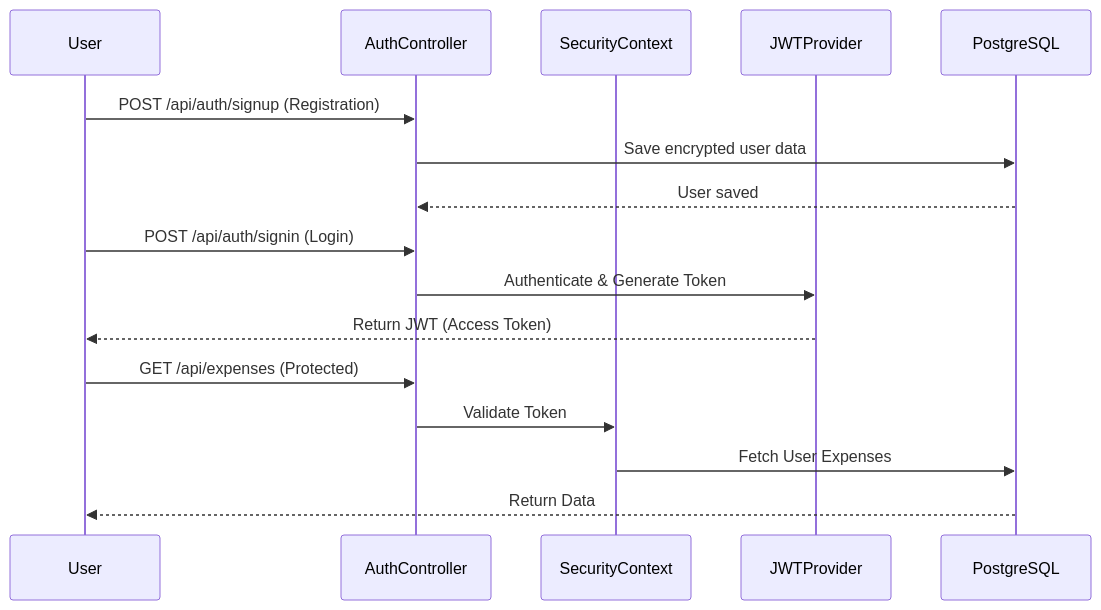
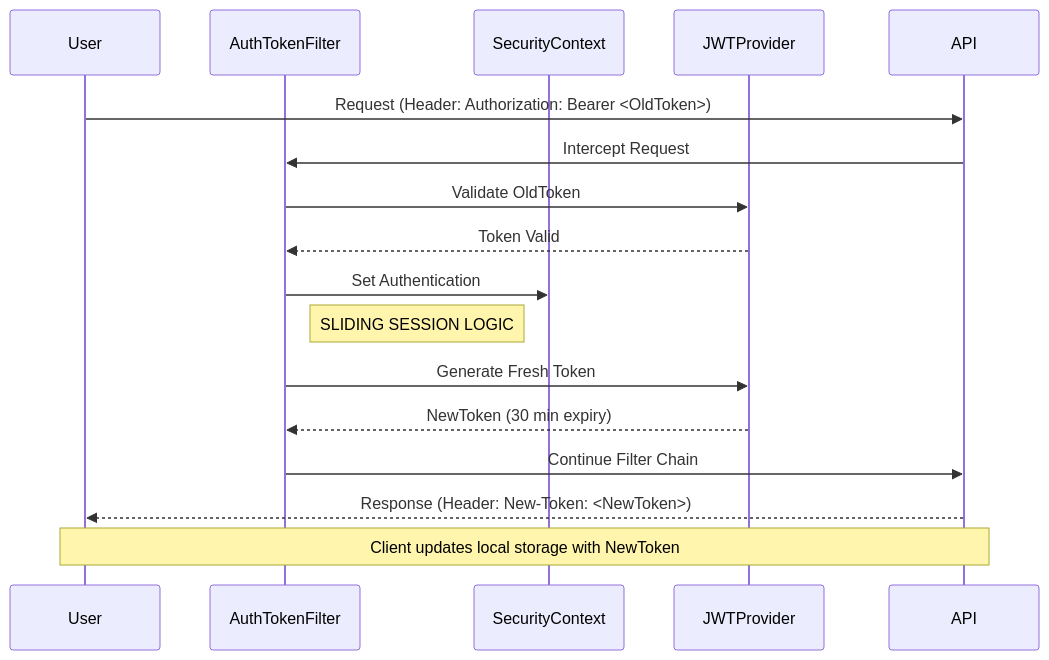
Before and after one commit to sarangsvkm/smart-expense-frontend: the first of 3 diagrams in README.md, drawn with Mermaid. The commit also changed other lines of this file and 17 other files, not shown here.

Commit message:
Implement Indian Tax Module (ITR 1-4), New Tax Regime comparison, and Sliding Session security

````diff
--- a/README.md
+++ b/README.md
@@ -46,21 +43,23 @@
 ```mermaid
 sequenceDiagram
     participant User
-    participant AuthController
+    participant AuthTokenFilter
     participant SecurityContext
     participant JWTProvider
-    participant PostgreSQL
+    participant API
 
-    User->>AuthController: POST /api/auth/signup (Registration)
-    AuthController->>PostgreSQL: Save encrypted user data
-    PostgreSQL-->>AuthController: User saved
-
-    User->>AuthController: POST /api/auth/signin (Login)
-    AuthController->>JWTProvider: Authenticate & Generate Token
-    JWTProvider-->>User: Return JWT (Access Token)
-
-    User->>AuthController: GET /api/expenses (Protected)
-    AuthController->>SecurityContext: Validate Token
-    SecurityContext->>PostgreSQL: Fetch User Expenses
-    PostgreSQL-->>User: Return Data
+    User->>API: Request (Header: Authorization: Bearer <OldToken>)
+    API->>AuthTokenFilter: Intercept Request
+    AuthTokenFilter->>JWTProvider: Validate OldToken
+    JWTProvider-->>AuthTokenFilter: Token Valid
+    AuthTokenFilter->>SecurityContext: Set Authentication
+    
+    Note right of AuthTokenFilter: SLIDING SESSION LOGIC
+    AuthTokenFilter->>JWTProvider: Generate Fresh Token
+    JWTProvider-->>AuthTokenFilter: NewToken (30 min expiry)
+    
+    AuthTokenFilter->>API: Continue Filter Chain
+    API-->>User: Response (Header: New-Token: <NewToken>)
+    
+    Note over User, API: Client updates local storage with NewToken
 ```
````
